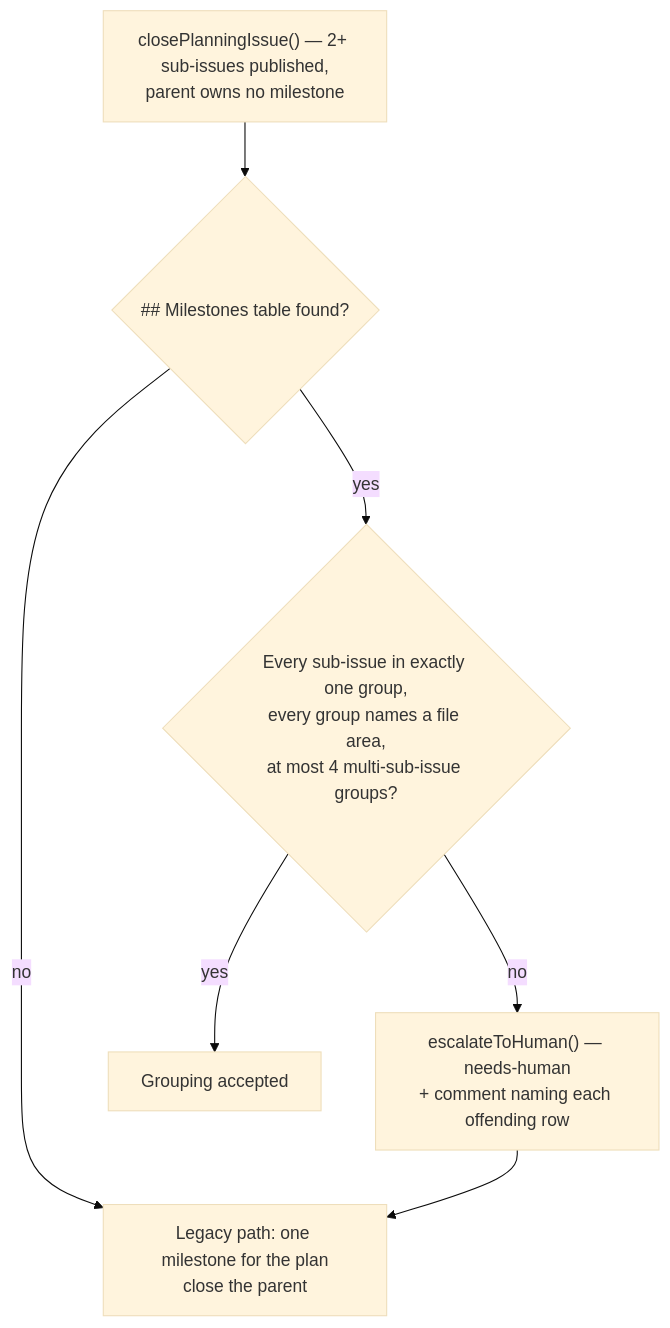
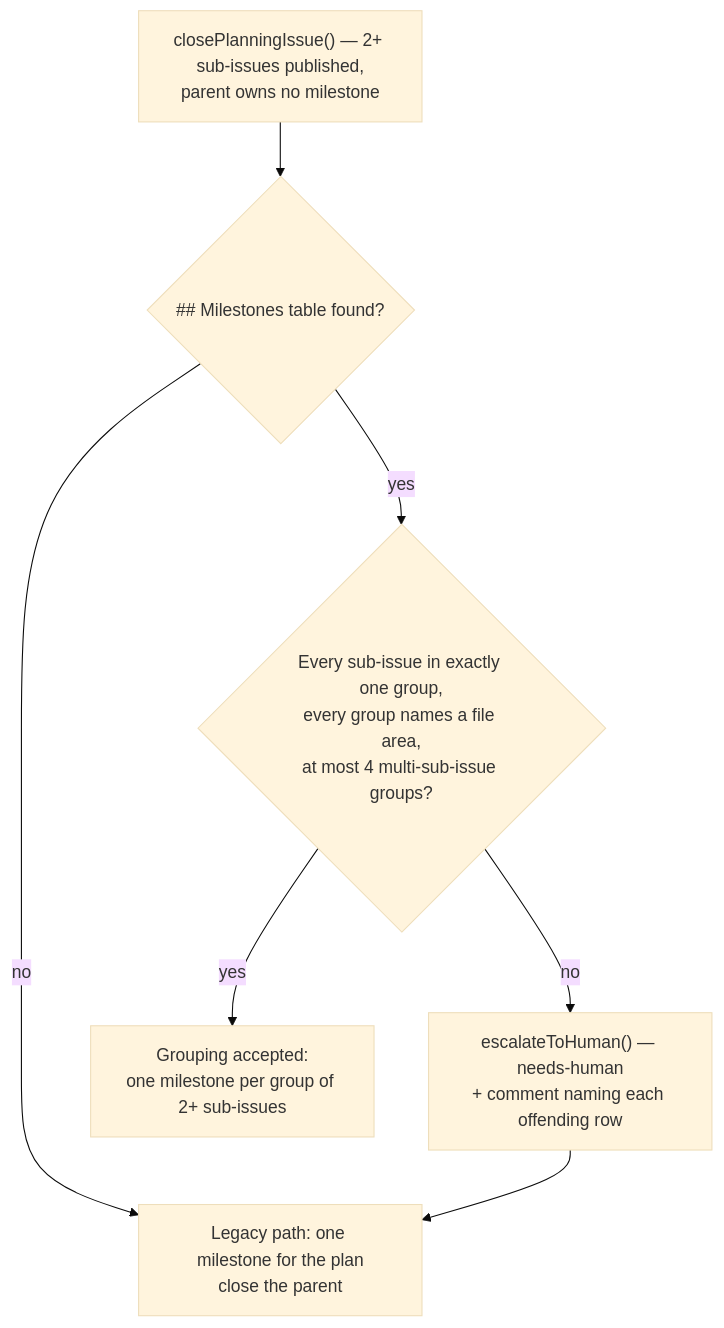
One commit to stSoftwareAU/VibeCoder changed the seventh of 13 diagrams in docs/workflows/planning-and-questions.md. Above: the diagram before and after it, drawn with Mermaid (base theme). The commit also changed other lines of this file and 2 other files, not shown here.

First line of the commit message:
Report sub-issues no milestone group names (Issue #2175)

````diff
--- a/docs/workflows/planning-and-questions.md
+++ b/docs/workflows/planning-and-questions.md
@@ -640,9 +642,9 @@
 ```mermaid
 flowchart TD
     A["closePlanningIssue() — 2+ sub-issues published,<br/>parent owns no milestone"] --> B{"## Milestones table found?"}
     B -->|no| L["Legacy path: one milestone for the plan<br/>close the parent"]
     B -->|yes| C{"Every sub-issue in exactly one group,<br/>every group names a file area,<br/>at most 4 multi-sub-issue groups?"}
-    C -->|yes| D[Grouping accepted]
+    C -->|yes| D["Grouping accepted:<br/>one milestone per group of 2+ sub-issues"]
     C -->|no| E["escalateToHuman() — needs-human<br/>+ comment naming each offending row"]
     E --> L
 ```
````
